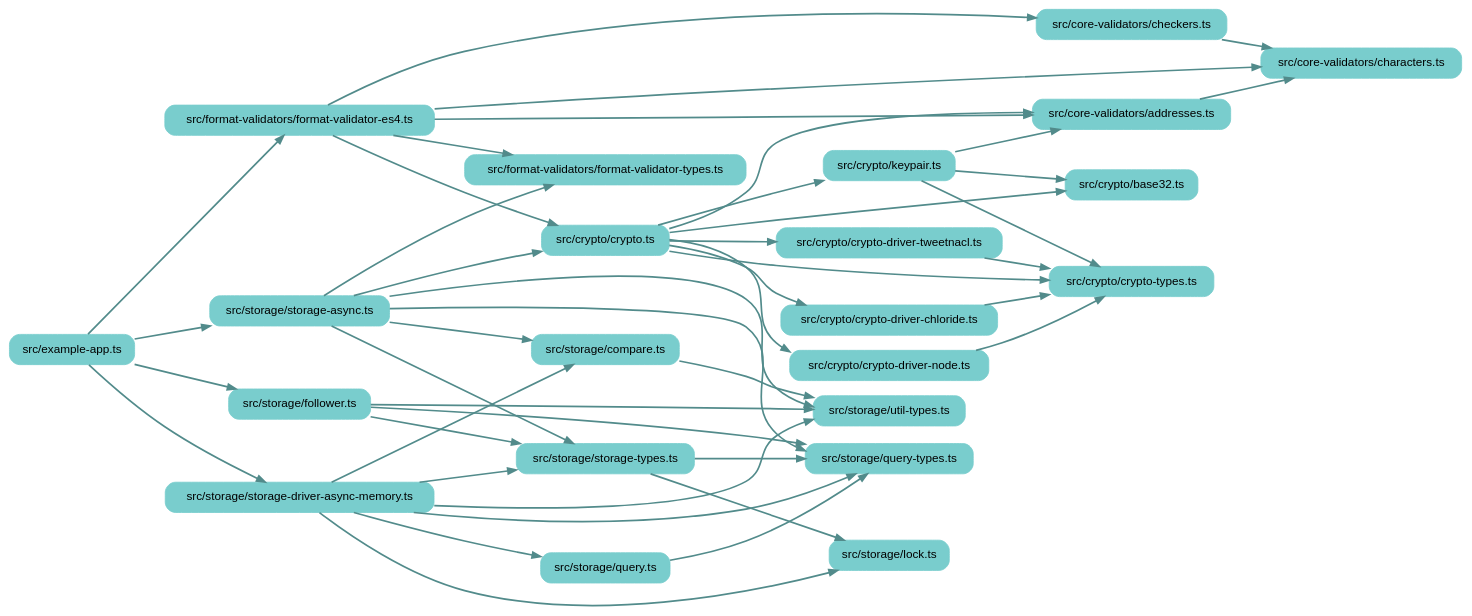
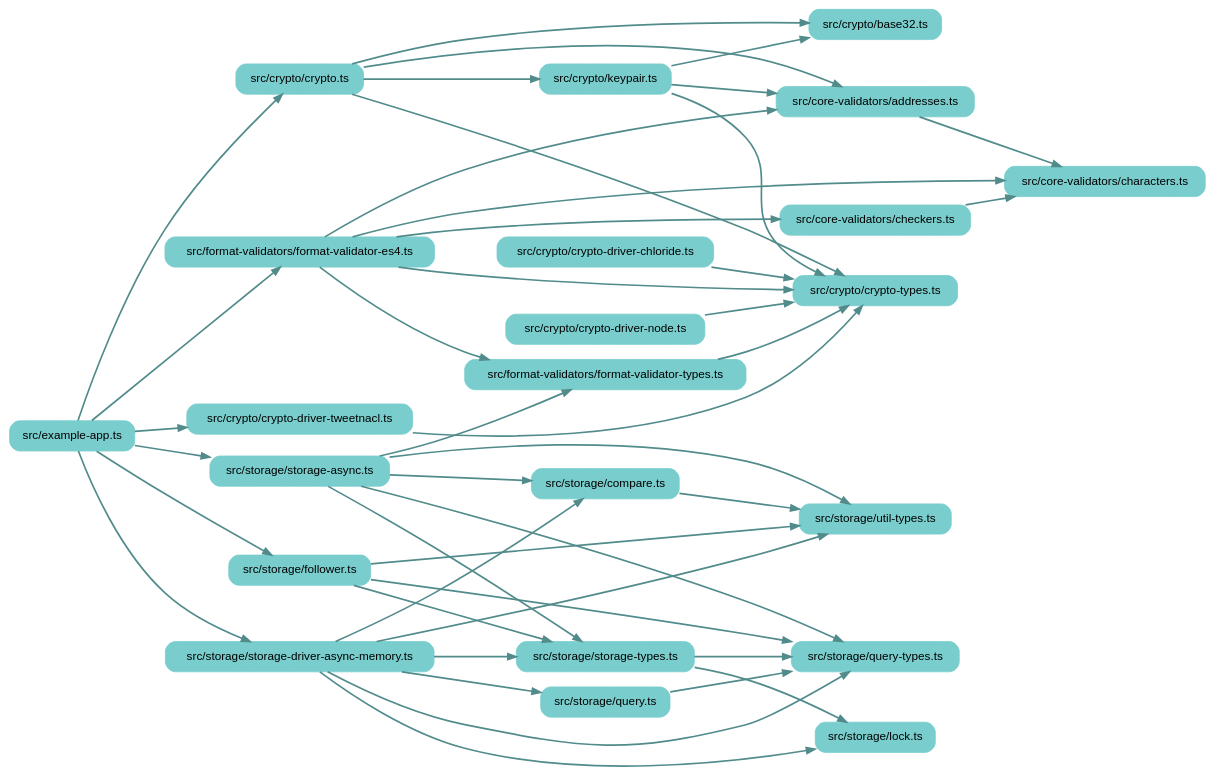
Before and after one commit to earthstar-project/earthstar: the diagram in depchart/depchart-loose.dot, drawn with Graphviz. The commit also changed 12 other files, not shown here.

```diff
--- a/depchart/depchart-loose.dot
+++ b/depchart/depchart-loose.dot
@@ -1,82 +1,81 @@
 
 digraph G {
     //splines=line;
     //splines=polyline;
     splines=true;
     rankdir=LR;
     //newrank=true;
     compound=true;
     graph [fontname = "helvetica"];  // dpi=72
     node [fontname = "helvetica"];
     edge [fontname = "helvetica"];
     
     // files in their folder clusters
         "src/example-app.ts" [label="src/example-app.ts", shape=rectangle; style="rounded,filled"; color=darkslategray3];
         "src/core-validators/addresses.ts" [label="src/core-validators/addresses.ts", shape=rectangle; style="rounded,filled"; color=darkslategray3];
             "src/core-validators/characters.ts" [label="src/core-validators/characters.ts", shape=rectangle; style="rounded,filled"; color=darkslategray3];
             "src/core-validators/checkers.ts" [label="src/core-validators/checkers.ts", shape=rectangle; style="rounded,filled"; color=darkslategray3];
         "src/crypto/base32.ts" [label="src/crypto/base32.ts", shape=rectangle; style="rounded,filled"; color=darkslategray3];
             "src/crypto/crypto-driver-chloride.ts" [label="src/crypto/crypto-driver-chloride.ts", shape=rectangle; style="rounded,filled"; color=darkslategray3];
             "src/crypto/crypto-driver-node.ts" [label="src/crypto/crypto-driver-node.ts", shape=rectangle; style="rounded,filled"; color=darkslategray3];
             "src/crypto/crypto-driver-tweetnacl.ts" [label="src/crypto/crypto-driver-tweetnacl.ts", shape=rectangle; style="rounded,filled"; color=darkslategray3];
             "src/crypto/crypto-types.ts" [label="src/crypto/crypto-types.ts", shape=rectangle; style="rounded,filled"; color=darkslategray3];
             "src/crypto/crypto.ts" [label="src/crypto/crypto.ts", shape=rectangle; style="rounded,filled"; color=darkslategray3];
             "src/crypto/keypair.ts" [label="src/crypto/keypair.ts", shape=rectangle; style="rounded,filled"; color=darkslategray3];
         "src/format-validators/format-validator-es4.ts" [label="src/format-validators/format-validator-es4.ts", shape=rectangle; style="rounded,filled"; color=darkslategray3];
             "src/format-validators/format-validator-types.ts" [label="src/format-validators/format-validator-types.ts", shape=rectangle; style="rounded,filled"; color=darkslategray3];
         "src/storage/compare.ts" [label="src/storage/compare.ts", shape=rectangle; style="rounded,filled"; color=darkslategray3];
             "src/storage/follower.ts" [label="src/storage/follower.ts", shape=rectangle; style="rounded,filled"; color=darkslategray3];
             "src/storage/lock.ts" [label="src/storage/lock.ts", shape=rectangle; style="rounded,filled"; color=darkslategray3];
             "src/storage/query-types.ts" [label="src/storage/query-types.ts", shape=rectangle; style="rounded,filled"; color=darkslategray3];
             "src/storage/query.ts" [label="src/storage/query.ts", shape=rectangle; style="rounded,filled"; color=darkslategray3];
             "src/storage/storage-async.ts" [label="src/storage/storage-async.ts", shape=rectangle; style="rounded,filled"; color=darkslategray3];
             "src/storage/storage-driver-async-memory.ts" [label="src/storage/storage-driver-async-memory.ts", shape=rectangle; style="rounded,filled"; color=darkslategray3];
             "src/storage/storage-types.ts" [label="src/storage/storage-types.ts", shape=rectangle; style="rounded,filled"; color=darkslategray3];
             "src/storage/util-types.ts" [label="src/storage/util-types.ts", shape=rectangle; style="rounded,filled"; color=darkslategray3];
 
     // edges between files
     "src/core-validators/addresses.ts" -> "src/core-validators/characters.ts" [penwidth=2; color=darkslategray4];
     "src/core-validators/checkers.ts" -> "src/core-validators/characters.ts" [penwidth=2; color=darkslategray4];
     "src/crypto/crypto-driver-chloride.ts" -> "src/crypto/crypto-types.ts" [penwidth=2; color=darkslategray4];
     "src/crypto/crypto-driver-node.ts" -> "src/crypto/crypto-types.ts" [penwidth=2; color=darkslategray4];
     "src/crypto/crypto-driver-tweetnacl.ts" -> "src/crypto/crypto-types.ts" [penwidth=2; color=darkslategray4];
-    "src/crypto/crypto.ts" -> "src/crypto/crypto-driver-chloride.ts" [penwidth=2; color=darkslategray4];
-    "src/crypto/crypto.ts" -> "src/crypto/crypto-driver-node.ts" [penwidth=2; color=darkslategray4];
-    "src/crypto/crypto.ts" -> "src/crypto/crypto-driver-tweetnacl.ts" [penwidth=2; color=darkslategray4];
     "src/crypto/crypto.ts" -> "src/crypto/crypto-types.ts" [penwidth=2; color=darkslategray4];
     "src/crypto/crypto.ts" -> "src/crypto/base32.ts" [penwidth=2; color=darkslategray4];
     "src/crypto/crypto.ts" -> "src/crypto/keypair.ts" [penwidth=2; color=darkslategray4];
     "src/crypto/crypto.ts" -> "src/core-validators/addresses.ts" [penwidth=2; color=darkslategray4];
     "src/crypto/keypair.ts" -> "src/crypto/base32.ts" [penwidth=2; color=darkslategray4];
     "src/crypto/keypair.ts" -> "src/crypto/crypto-types.ts" [penwidth=2; color=darkslategray4];
     "src/crypto/keypair.ts" -> "src/core-validators/addresses.ts" [penwidth=2; color=darkslategray4];
     "src/example-app.ts" -> "src/format-validators/format-validator-es4.ts" [penwidth=2; color=darkslategray4];
     "src/example-app.ts" -> "src/storage/storage-driver-async-memory.ts" [penwidth=2; color=darkslategray4];
     "src/example-app.ts" -> "src/storage/storage-async.ts" [penwidth=2; color=darkslategray4];
     "src/example-app.ts" -> "src/storage/follower.ts" [penwidth=2; color=darkslategray4];
+    "src/example-app.ts" -> "src/crypto/crypto.ts" [penwidth=2; color=darkslategray4];
+    "src/example-app.ts" -> "src/crypto/crypto-driver-tweetnacl.ts" [penwidth=2; color=darkslategray4];
     "src/format-validators/format-validator-es4.ts" -> "src/format-validators/format-validator-types.ts" [penwidth=2; color=darkslategray4];
+    "src/format-validators/format-validator-es4.ts" -> "src/crypto/crypto-types.ts" [penwidth=2; color=darkslategray4];
     "src/format-validators/format-validator-es4.ts" -> "src/core-validators/characters.ts" [penwidth=2; color=darkslategray4];
     "src/format-validators/format-validator-es4.ts" -> "src/core-validators/checkers.ts" [penwidth=2; color=darkslategray4];
     "src/format-validators/format-validator-es4.ts" -> "src/core-validators/addresses.ts" [penwidth=2; color=darkslategray4];
-    "src/format-validators/format-validator-es4.ts" -> "src/crypto/crypto.ts" [penwidth=2; color=darkslategray4];
+    "src/format-validators/format-validator-types.ts" -> "src/crypto/crypto-types.ts" [penwidth=2; color=darkslategray4];
     "src/storage/compare.ts" -> "src/storage/util-types.ts" [penwidth=2; color=darkslategray4];
     "src/storage/follower.ts" -> "src/storage/util-types.ts" [penwidth=2; color=darkslategray4];
     "src/storage/follower.ts" -> "src/storage/query-types.ts" [penwidth=2; color=darkslategray4];
     "src/storage/follower.ts" -> "src/storage/storage-types.ts" [penwidth=2; color=darkslategray4];
     "src/storage/query.ts" -> "src/storage/query-types.ts" [penwidth=2; color=darkslategray4];
     "src/storage/storage-async.ts" -> "src/storage/util-types.ts" [penwidth=2; color=darkslategray4];
     "src/storage/storage-async.ts" -> "src/storage/query-types.ts" [penwidth=2; color=darkslategray4];
     "src/storage/storage-async.ts" -> "src/storage/storage-types.ts" [penwidth=2; color=darkslategray4];
     "src/storage/storage-async.ts" -> "src/format-validators/format-validator-types.ts" [penwidth=2; color=darkslategray4];
     "src/storage/storage-async.ts" -> "src/storage/compare.ts" [penwidth=2; color=darkslategray4];
-    "src/storage/storage-async.ts" -> "src/crypto/crypto.ts" [penwidth=2; color=darkslategray4];
     "src/storage/storage-driver-async-memory.ts" -> "src/storage/util-types.ts" [penwidth=2; color=darkslategray4];
     "src/storage/storage-driver-async-memory.ts" -> "src/storage/query-types.ts" [penwidth=2; color=darkslategray4];
     "src/storage/storage-driver-async-memory.ts" -> "src/storage/storage-types.ts" [penwidth=2; color=darkslategray4];
     "src/storage/storage-driver-async-memory.ts" -> "src/storage/compare.ts" [penwidth=2; color=darkslategray4];
     "src/storage/storage-driver-async-memory.ts" -> "src/storage/query.ts" [penwidth=2; color=darkslategray4];
     "src/storage/storage-driver-async-memory.ts" -> "src/storage/lock.ts" [penwidth=2; color=darkslategray4];
     "src/storage/storage-types.ts" -> "src/storage/query-types.ts" [penwidth=2; color=darkslategray4];
     "src/storage/storage-types.ts" -> "src/storage/lock.ts" [penwidth=2; color=darkslategray4];
 
 }
```
